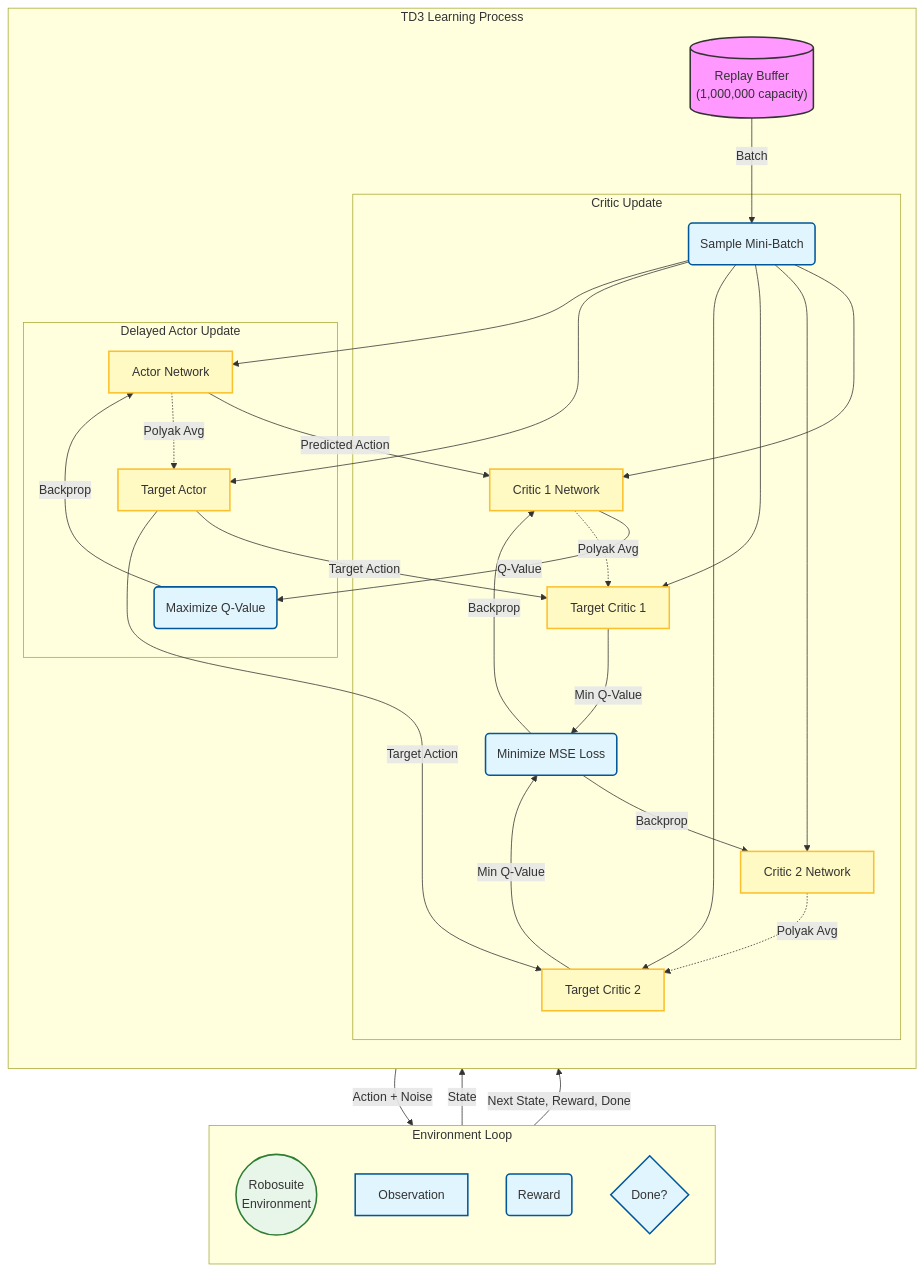
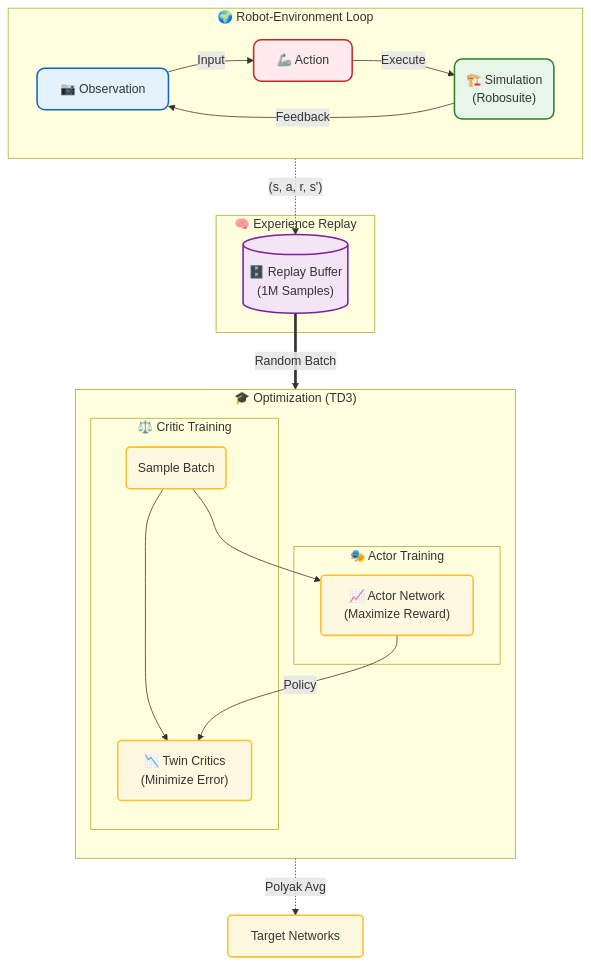
The diagram in README.md (Omkarkkale/Autonomous-Robotic-Arm-Control-using-Reinforcement-Learning), drawn with Mermaid before and after one commit.

Commit message:
Docs: Update diagram for visual clarity

````diff
--- a/README.md
+++ b/README.md
@@ -91,60 +91,56 @@
 ```mermaid
 graph TD
-    %% Define Styles
-    classDef storage fill:#f9f,stroke:#333,stroke-width:2px;
-    classDef process fill:#e1f5fe,stroke:#01579b,stroke-width:2px;
-    classDef network fill:#fff9c4,stroke:#fbc02d,stroke-width:2px;
-    classDef environment fill:#e8f5e9,stroke:#2e7d32,stroke-width:2px;
+    %% Style Definitions (Soft Colors)
+    classDef state fill:#e3f2fd,stroke:#1565c0,stroke-width:2px,rx:10,ry:10;
+    classDef action fill:#ffebee,stroke:#c62828,stroke-width:2px,rx:10,ry:10;
+    classDef reward fill:#e8f5e9,stroke:#2e7d32,stroke-width:2px,rx:10,ry:10;
+    classDef memory fill:#f3e5f5,stroke:#7b1fa2,stroke-width:2px,shape:cylinder;
+    classDef network fill:#fff8e1,stroke:#fbc02d,stroke-width:2px,rx:5,ry:5;
 
-    subgraph Simulation [Environment Loop]
-        direction TB
-        Env((Robosuite<br>Environment)):::environment
-        State[Observation]:::process
-        Reward(Reward):::process
-        Done{Done?}:::process
+    %% --- 1. INTERACTION PHASE ---
+    subgraph INTERACTION [" 🌍 Robot-Environment Loop "]
+        direction LR
+        State["📷 Observation"]:::state
+        Action["🦾 Action"]:::action
+        Env("🏗️ Simulation<br>(Robosuite)"):::reward
+        
+        State -->|Input| Action
+        Action -->|Execute| Env
+        Env -->|Feedback| State
     end
 
-    subgraph Training [TD3 Learning Process]
+    %% --- 2. STORAGE PHASE ---
+    subgraph MEMORY [" 🧠 Experience Replay "]
+        Buffer[("🗄️ Replay Buffer<br>(1M Samples)")]:::memory
+    end
+
+    %% --- 3. TRAINING PHASE ---
+    subgraph LEARNING [" 🎓 Optimization (TD3) "]
         direction TB
-        Buffer[("Replay Buffer<br>(1,000,000 capacity)")]:::storage
         
-        subgraph Critics [Critic Update]
-            Batch(Sample Mini-Batch):::process
-            Critic1[Critic 1 Network]:::network
-            Critic2[Critic 2 Network]:::network
-            TargetC1[Target Critic 1]:::network
-            TargetC2[Target Critic 2]:::network
-            LossC(Minimize  MSE Loss):::process
+        subgraph CRITIC_UPDATE [" ⚖️ Critic Training "]
+            Batch1(Sample Batch):::network
+            Critic["📉 Twin Critics<br>(Minimize Error)"]:::network
         end
-
-        subgraph Actors [Delayed Actor Update]
-            Actor[Actor Network]:::network
-            TargetActor[Target Actor]:::network
-            LossA(Maximize Q-Value):::process
+        
+        subgraph ACTOR_UPDATE [" 🎭 Actor Training "]
+            Actor["📈 Actor Network<br>(Maximize Reward)"]:::network
         end
     end
 
-    %% Data Flow
-    Env -->|State| Actor
-    Actor -->|Action + Noise| Env
-    Env -->|Next State, Reward, Done| Buffer
+    %% --- CONNECTIONS ---
     
-    %% Critic Training Flow
-    Buffer -->|Batch| Batch
-    Batch --> Critic1 & Critic2
-    Batch --> TargetC1 & TargetC2 & TargetActor
-    TargetActor -->|Target Action| TargetC1 & TargetC2
-    TargetC1 & TargetC2 -->|Min Q-Value| LossC
-    LossC -->|Backprop| Critic1 & Critic2
-
-    %% Actor Training Flow
-    Batch --> Actor
-    Actor -->|Predicted Action| Critic1
-    Critic1 -->|Q-Value| LossA
-    LossA -->|Backprop| Actor
+    %% Storage
+    Env -.->|"(s, a, r, s')"| Buffer
     
-    %% Target Updates
-    Actor -.->|Polyak Avg| TargetActor
-    Critic1 -.->|Polyak Avg| TargetC1
-    Critic2 -.->|Polyak Avg| TargetC2
+    %% Learning Data Flow
+    Buffer ==>|Random Batch| Batch1
+    Batch1 --> Critic
+    Batch1 --> Actor
+    
+    %% Gradients
+    Actor -->|Policy| Critic
+    
+    %% Target Networks (Implicit)
+    Critic -.->|Polyak Avg| Target[Target Networks]:::network
 ```
````
